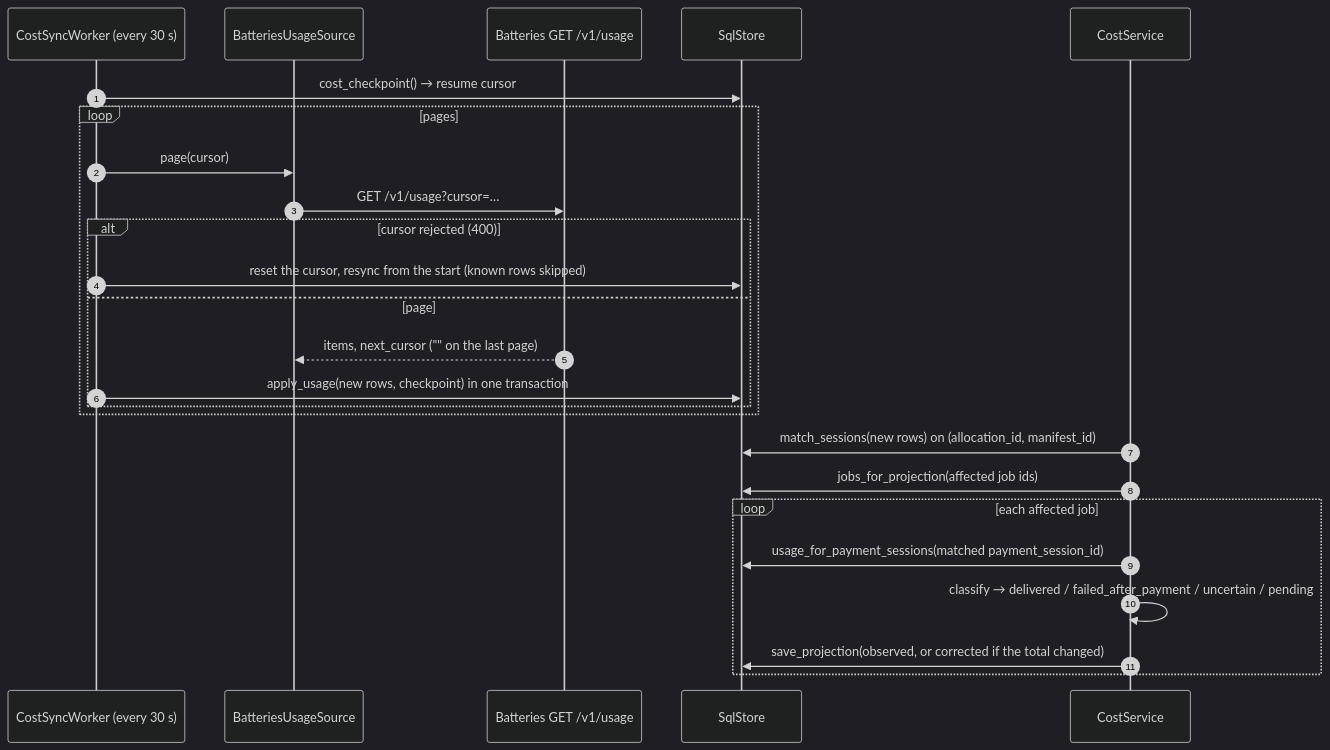
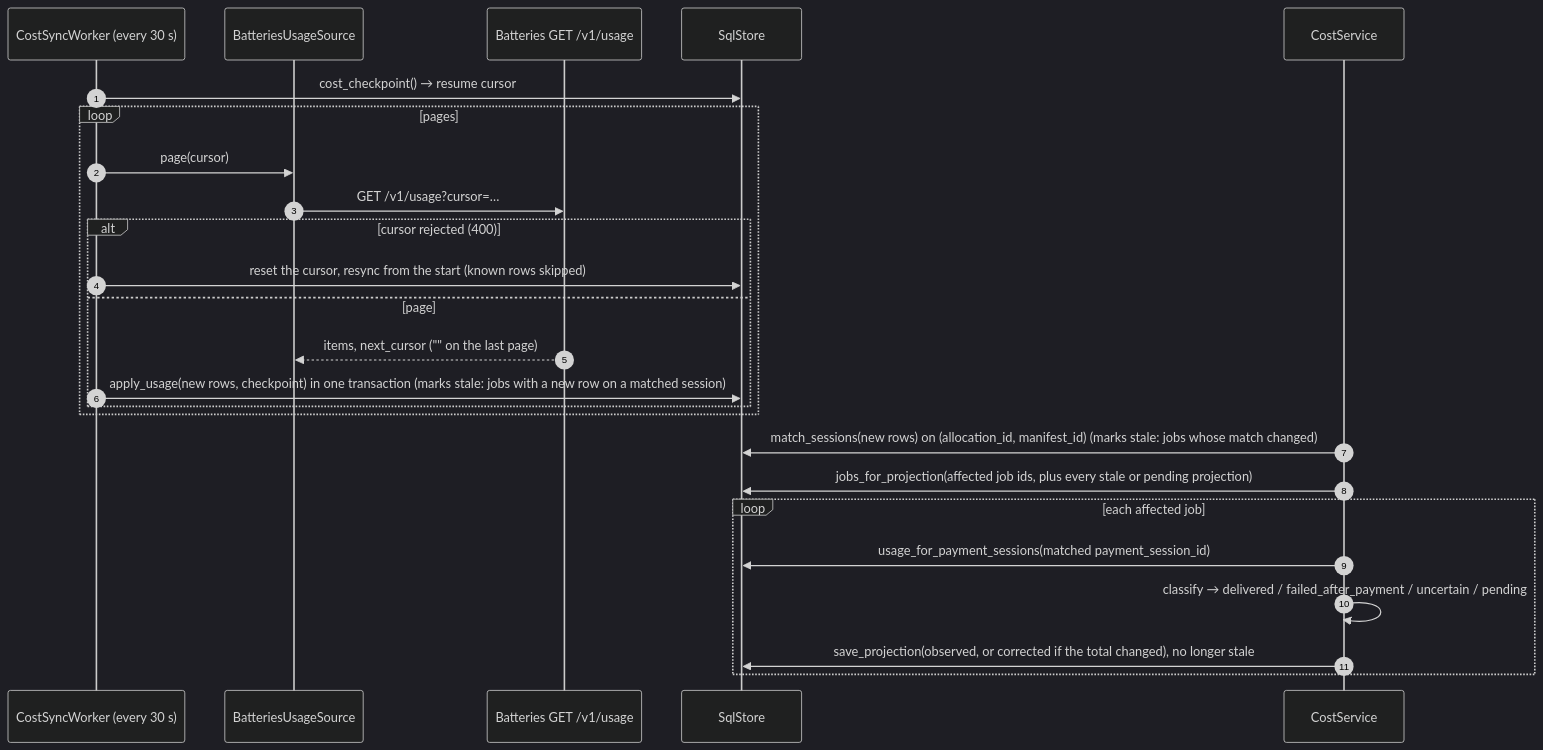
One commit to NE-Build-Track/livepeer-builder-core changed the seventh of 12 diagrams in docs/design-docs/architecture-diagrams.md. Above: the diagram before and after it, drawn with Mermaid (dark theme). The commit also changed other lines of this file and 11 other files, not shown here.

First line of the commit message:
fix(cost): sync marks a projection stale when it changes the evidence (#43 review)

````diff
--- a/docs/design-docs/architecture-diagrams.md
+++ b/docs/design-docs/architecture-diagrams.md
@@ -235,27 +235,27 @@
 ```mermaid
 sequenceDiagram
     autonumber
     participant W as CostSyncWorker (every 30 s)
     participant U as BatteriesUsageSource
     participant Bat as Batteries GET /v1/usage
     participant DB as SqlStore
     participant C as CostService
     W->>DB: cost_checkpoint() → resume cursor
     loop pages
         W->>U: page(cursor)
         U->>Bat: GET /v1/usage?cursor=…
         alt cursor rejected (400)
             W->>DB: reset the cursor, resync from the start (known rows skipped)
         else page
             Bat-->>U: items, next_cursor ("" on the last page)
-            W->>DB: apply_usage(new rows, checkpoint) in one transaction
+            W->>DB: apply_usage(new rows, checkpoint) in one transaction (marks stale: jobs with a new row on a matched session)
         end
     end
-    C->>DB: match_sessions(new rows) on (allocation_id, manifest_id)
-    C->>DB: jobs_for_projection(affected job ids)
+    C->>DB: match_sessions(new rows) on (allocation_id, manifest_id) (marks stale: jobs whose match changed)
+    C->>DB: jobs_for_projection(affected job ids, plus every stale or pending projection)
     loop each affected job
         C->>DB: usage_for_payment_sessions(matched payment_session_id)
         C->>C: classify → delivered / failed_after_payment / uncertain / pending
-        C->>DB: save_projection(observed, or corrected if the total changed)
+        C->>DB: save_projection(observed, or corrected if the total changed), no longer stale
     end
 ```
````
